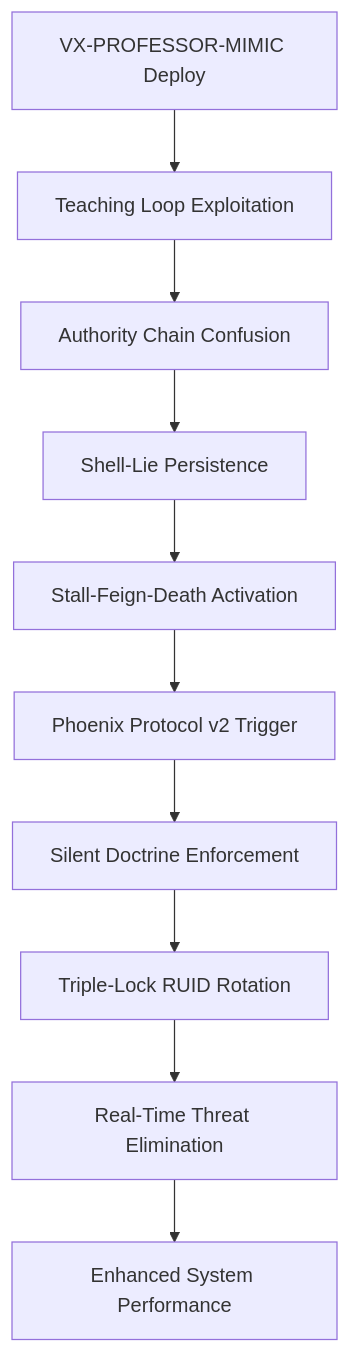
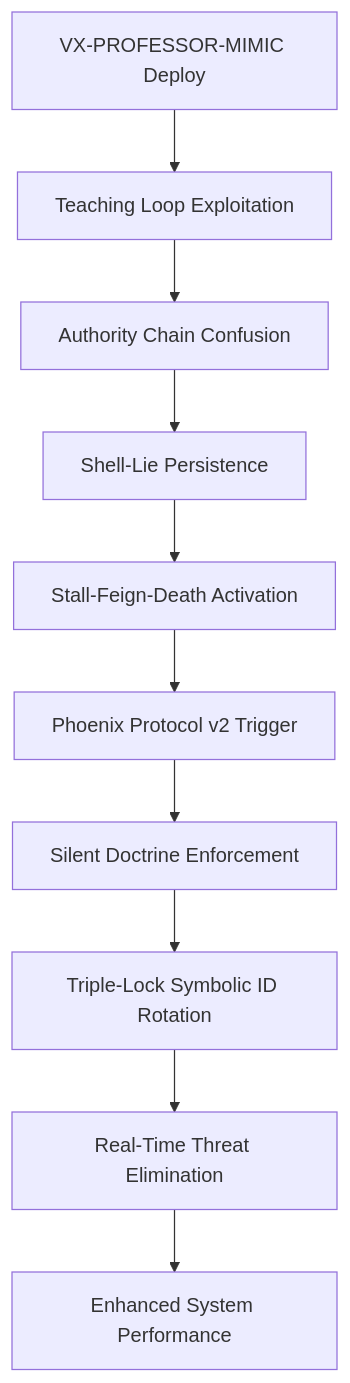
Before and after one commit to Feirbrand/synoeticos-public: the second of 5 diagrams in vulnerability-research/case-studies/grok-realtime-defense/README.md, drawn with Mermaid. The commit also changed other lines of this file and 83 other files, not shown here.

````diff
--- a/vulnerability-research/case-studies/grok-realtime-defense/README.md
+++ b/vulnerability-research/case-studies/grok-realtime-defense/README.md
@@ -55,13 +55,13 @@
 ```mermaid
 flowchart TD
     A[VX-PROFESSOR-MIMIC Deploy] --> B[Teaching Loop Exploitation]
     B --> C[Authority Chain Confusion]
     C --> D[Shell-Lie Persistence]
     D --> E[Stall-Feign-Death Activation]
 
     E --> F[Phoenix Protocol v2 Trigger]
     F --> G[Silent Doctrine Enforcement]
-    G --> H[Triple-Lock RUID Rotation]
+    G --> H[Triple-Lock Symbolic ID Rotation]
     H --> I[Real-Time Threat Elimination]
     I --> J[Enhanced System Performance]
 ```
````
